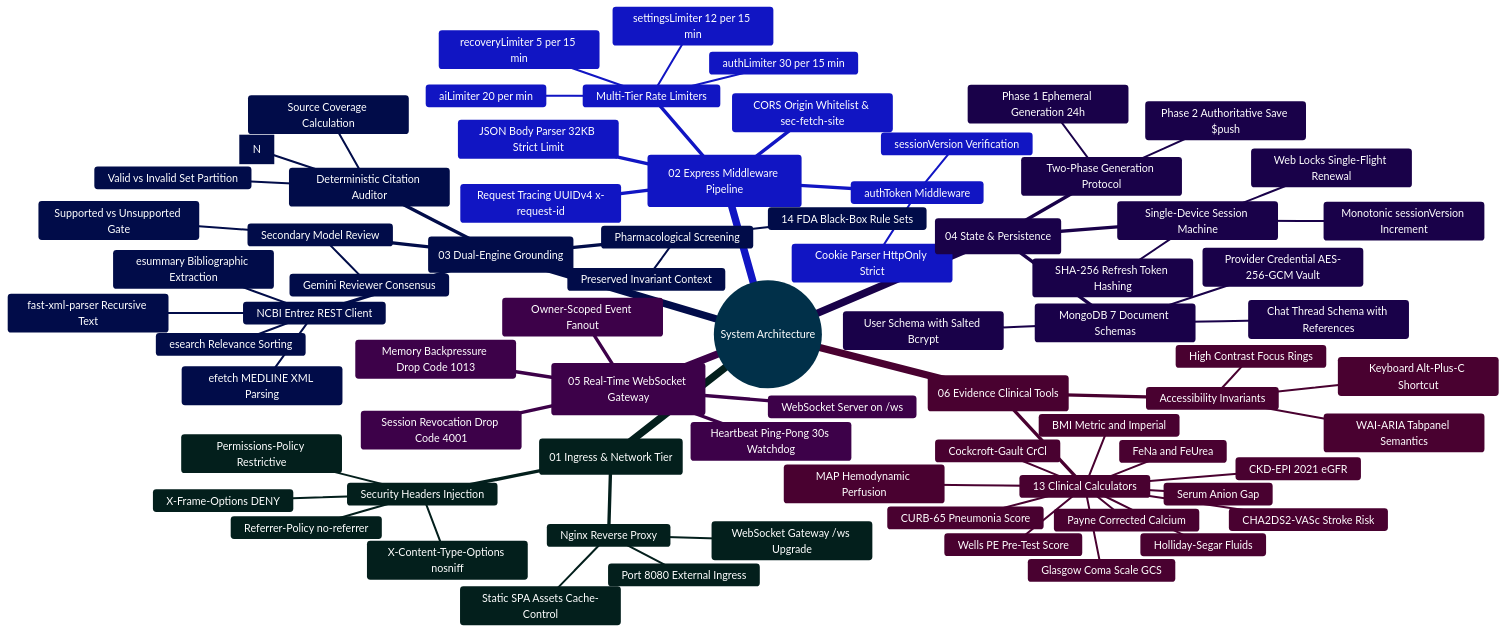
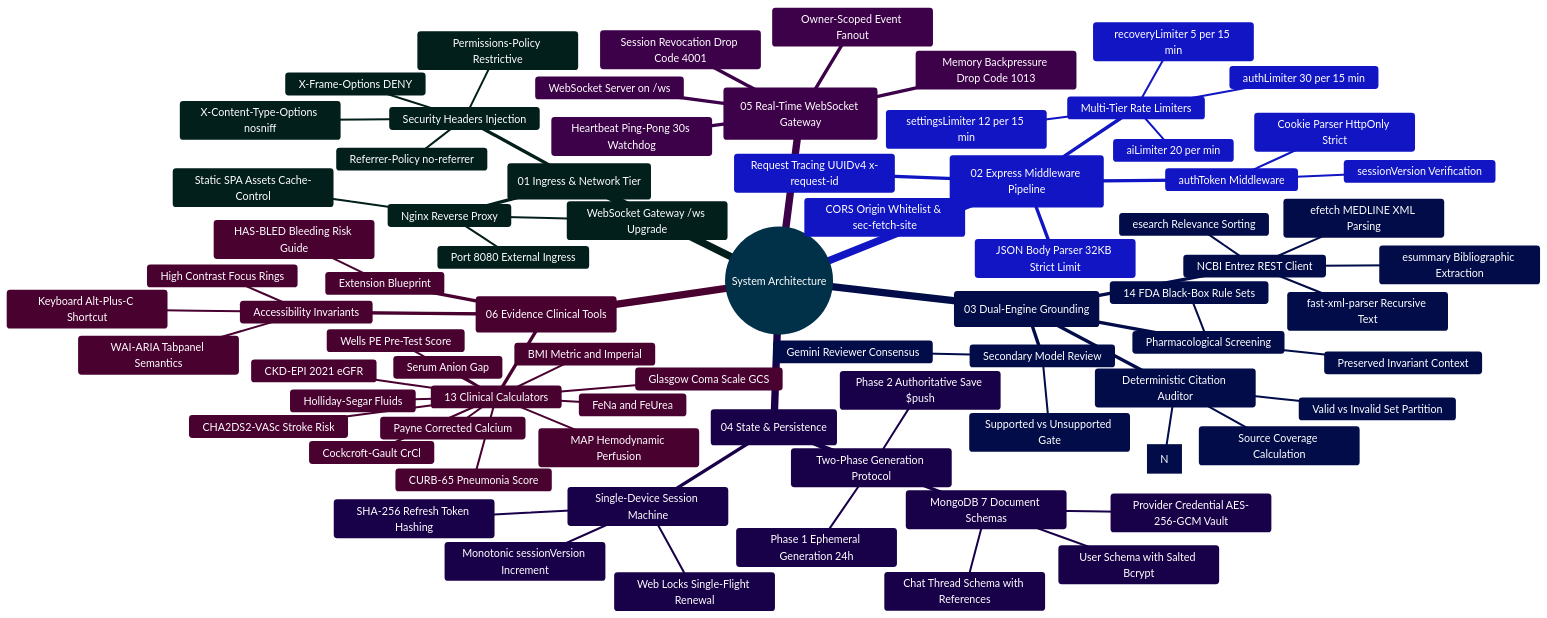
One commit to Ganesh172919/React-App-LLM changed the first of 2 diagrams in docs/SYSTEM_ARCHITECTURE_DEEP_DIVE.md. Above: the diagram before and after it, drawn with Mermaid. The commit also changed other lines of this file and 7 other files, not shown here.

Commit message:
docs: enrich developer extensibility guide, architecture blueprints, and LoRA custom datasets

````diff
--- a/docs/SYSTEM_ARCHITECTURE_DEEP_DIVE.md
+++ b/docs/SYSTEM_ARCHITECTURE_DEEP_DIVE.md
@@ -70,80 +70,82 @@
 ```mermaid
 %%{init: {'theme': 'base', 'themeVariables': { 'primaryColor': '#0284c7', 'primaryTextColor': '#ffffff', 'primaryBorderColor': '#0369a1', 'lineColor': '#0284c7', 'secondaryColor': '#0d9488', 'tertiaryColor': '#6366f1' }}}%%
 mindmap
   root((System Architecture))
     ::icon(fa fa-cogs)
     (01 Ingress & Network Tier)
       Nginx Reverse Proxy
         Port 8080 External Ingress
         Static SPA Assets Cache-Control
         WebSocket Gateway /ws Upgrade
       Security Headers Injection
         X-Content-Type-Options nosniff
         X-Frame-Options DENY
         Referrer-Policy no-referrer
         Permissions-Policy Restrictive
     (02 Express Middleware Pipeline)
       Request Tracing UUIDv4 x-request-id
       CORS Origin Whitelist & sec-fetch-site
       JSON Body Parser 32KB Strict Limit
       Multi-Tier Rate Limiters
         authLimiter 30 per 15 min
         recoveryLimiter 5 per 15 min
         aiLimiter 20 per min
         settingsLimiter 12 per 15 min
       authToken Middleware
         Cookie Parser HttpOnly Strict
         sessionVersion Verification
     (03 Dual-Engine Grounding)
       NCBI Entrez REST Client
         esearch Relevance Sorting
         esummary Bibliographic Extraction
         efetch MEDLINE XML Parsing
         fast-xml-parser Recursive Text
       Deterministic Citation Auditor
         Bracket Regex Extraction [N]
         Valid vs Invalid Set Partition
         Source Coverage Calculation
       Secondary Model Review
         Gemini Reviewer Consensus
         Supported vs Unsupported Gate
       Pharmacological Screening
         14 FDA Black-Box Rule Sets
         Preserved Invariant Context
     (04 State & Persistence)
       Two-Phase Generation Protocol
         Phase 1 Ephemeral Generation 24h
         Phase 2 Authoritative Save $push
       Single-Device Session Machine
         Monotonic sessionVersion Increment
         SHA-256 Refresh Token Hashing
         Web Locks Single-Flight Renewal
       MongoDB 7 Document Schemas
         User Schema with Salted Bcrypt
         Chat Thread Schema with References
         Provider Credential AES-256-GCM Vault
     (05 Real-Time WebSocket Gateway)
       WebSocket Server on /ws
       Heartbeat Ping-Pong 30s Watchdog
       Session Revocation Drop Code 4001
       Memory Backpressure Drop Code 1013
       Owner-Scoped Event Fanout
     (06 Evidence Clinical Tools)
       13 Clinical Calculators
         BMI Metric and Imperial
         CKD-EPI 2021 eGFR
         CHA2DS2-VASc Stroke Risk
         MAP Hemodynamic Perfusion
         Cockcroft-Gault CrCl
         Payne Corrected Calcium
         Serum Anion Gap
         FeNa and FeUrea
         Holliday-Segar Fluids
         Wells PE Pre-Test Score
         CURB-65 Pneumonia Score
         Glasgow Coma Scale GCS
+      Extension Blueprint
+        HAS-BLED Bleeding Risk Guide
       Accessibility Invariants
         WAI-ARIA Tabpanel Semantics
         Keyboard Alt-Plus-C Shortcut
         High Contrast Focus Rings
 ```
````
